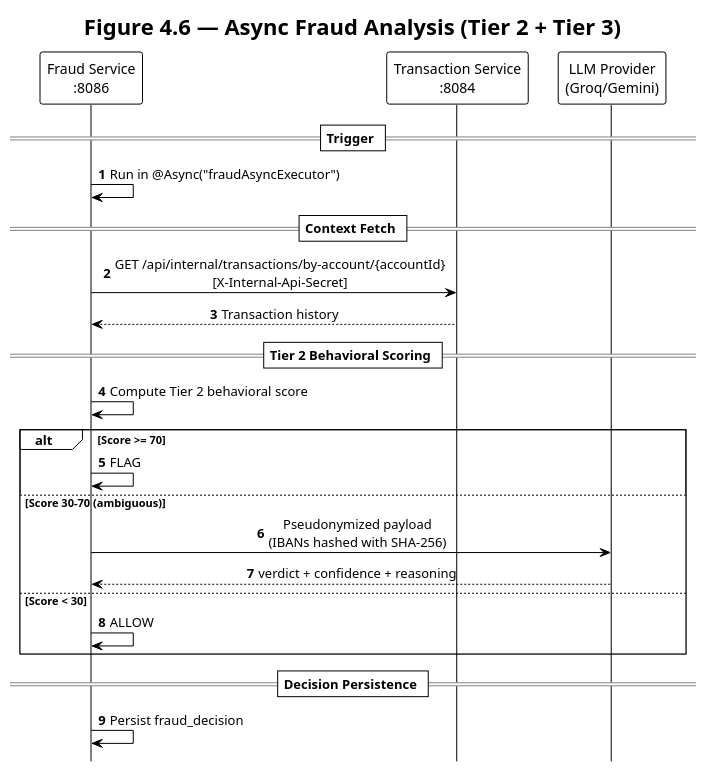
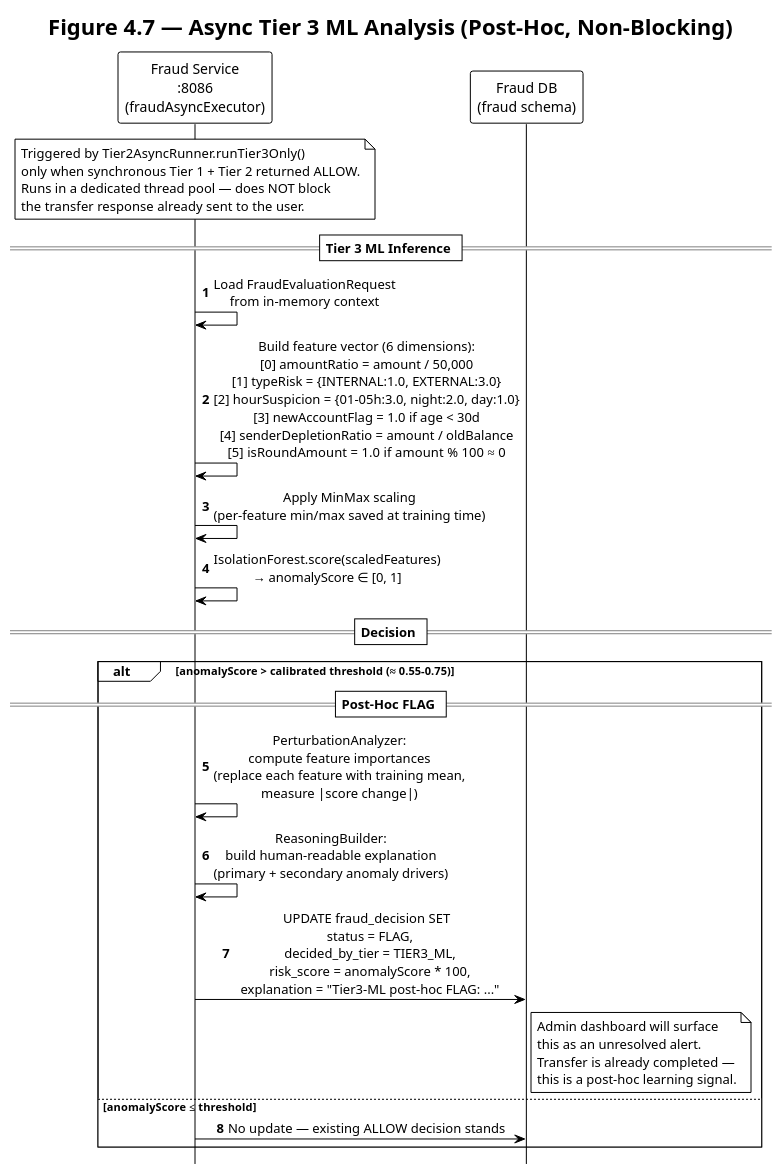
The diagram in docs/architecture/chapter5/transfer-flow-async-fraud.puml (TurcanuTeodor/Online-Internet-Banking), drawn with PlantUML before and after one commit. The commit also changed 7 other files, not shown here.

Commit message:
update plantuml

```diff
--- a/docs/architecture/chapter5/transfer-flow-async-fraud.puml
+++ b/docs/architecture/chapter5/transfer-flow-async-fraud.puml
@@ -1,37 +1,43 @@
-@startuml Transfer_Flow_Async_Fraud
+@startuml Transfer_Flow_Async_Tier3
 !theme plain
 autonumber
 hide footbox
 skinparam backgroundColor white
 skinparam defaultFontName "Segoe UI"
 skinparam sequenceMessageAlign center
 
-title Figure 4.6 — Async Fraud Analysis (Tier 2 + Tier 3)
+title Figure 4.7 — Async Tier 3 ML Analysis (Post-Hoc, Non-Blocking)
 
-participant "Fraud Service\n:8086" as FRAUD
-participant "Transaction Service\n:8084" as TX
-participant "LLM Provider\n(Groq/Gemini)" as LLM
+participant "Fraud Service\n:8086\n(fraudAsyncExecutor)" as FRAUD
+participant "Fraud DB\n(fraud schema)" as DB
 
-== Trigger ==
-FRAUD -> FRAUD : Run in @Async("fraudAsyncExecutor")
+note over FRAUD
+  Triggered by Tier2AsyncRunner.runTier3Only()
+  only when synchronous Tier 1 + Tier 2 returned ALLOW.
+  Runs in a dedicated thread pool — does NOT block
+  the transfer response already sent to the user.
+end note
 
-== Context Fetch ==
-FRAUD -> TX : GET /api/internal/transactions/by-account/{accountId}\n[X-Internal-Api-Secret]
-TX --> FRAUD : Transaction history
+== Tier 3 ML Inference ==
+FRAUD -> FRAUD : Load FraudEvaluationRequest\nfrom in-memory context
+FRAUD -> FRAUD : Build feature vector (6 dimensions):\n[0] amountRatio = amount / 50,000\n[1] typeRisk = {INTERNAL:1.0, EXTERNAL:3.0}\n[2] hourSuspicion = {01-05h:3.0, night:2.0, day:1.0}\n[3] newAccountFlag = 1.0 if age < 30d\n[4] senderDepletionRatio = amount / oldBalance\n[5] isRoundAmount = 1.0 if amount % 100 ≈ 0
+FRAUD -> FRAUD : Apply MinMax scaling\n(per-feature min/max saved at training time)
+FRAUD -> FRAUD : IsolationForest.score(scaledFeatures)\n→ anomalyScore ∈ [0, 1]
 
-== Tier 2 Behavioral Scoring ==
-FRAUD -> FRAUD : Compute Tier 2 behavioral score
-
-alt Score >= 70
-  FRAUD -> FRAUD : FLAG
-else Score 30-70 (ambiguous)
-  FRAUD -> LLM : Pseudonymized payload\n(IBANs hashed with SHA-256)
-  LLM --> FRAUD : verdict + confidence + reasoning
-else Score < 30
-  FRAUD -> FRAUD : ALLOW
+== Decision ==
+alt anomalyScore > calibrated threshold (≈ 0.55–0.75)
+  == Post-Hoc FLAG ==
+  FRAUD -> FRAUD : PerturbationAnalyzer:\ncompute feature importances\n(replace each feature with training mean,\nmeasure |score change|)
+  FRAUD -> FRAUD : ReasoningBuilder:\nbuild human-readable explanation\n(primary + secondary anomaly drivers)
+  FRAUD -> DB : UPDATE fraud_decision SET\n  status = FLAG,\n  decided_by_tier = TIER3_ML,\n  risk_score = anomalyScore * 100,\n  explanation = "Tier3-ML post-hoc FLAG: ..."
+  note right of DB
+    Admin dashboard will surface
+    this as an unresolved alert.
+    Transfer is already completed —
+    this is a post-hoc learning signal.
+  end note
+else anomalyScore ≤ threshold
+  FRAUD -> DB : No update — existing ALLOW decision stands
 end
 
-== Decision Persistence ==
-FRAUD -> FRAUD : Persist fraud_decision
-
 @enduml
```
